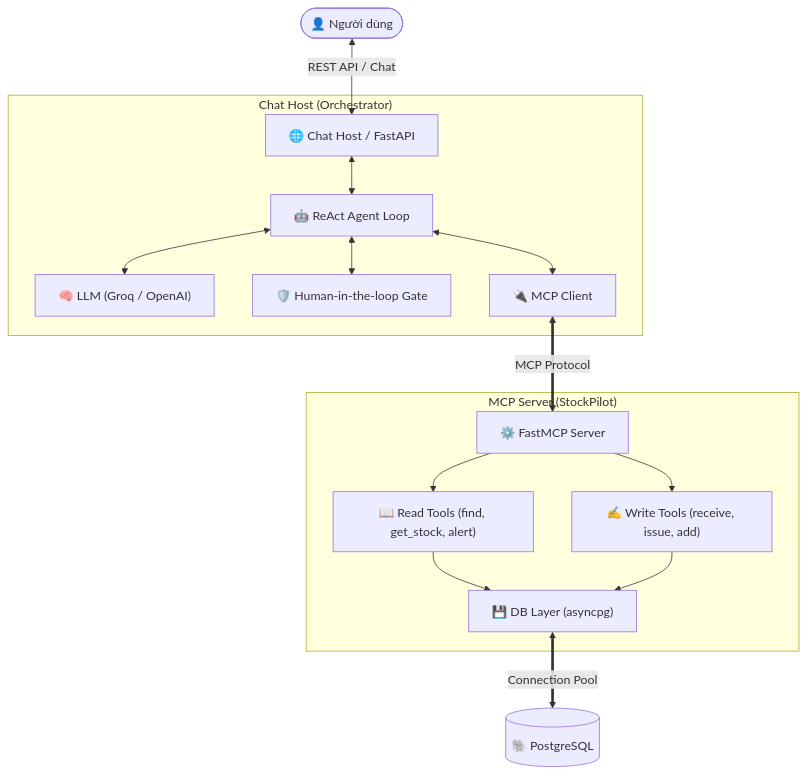
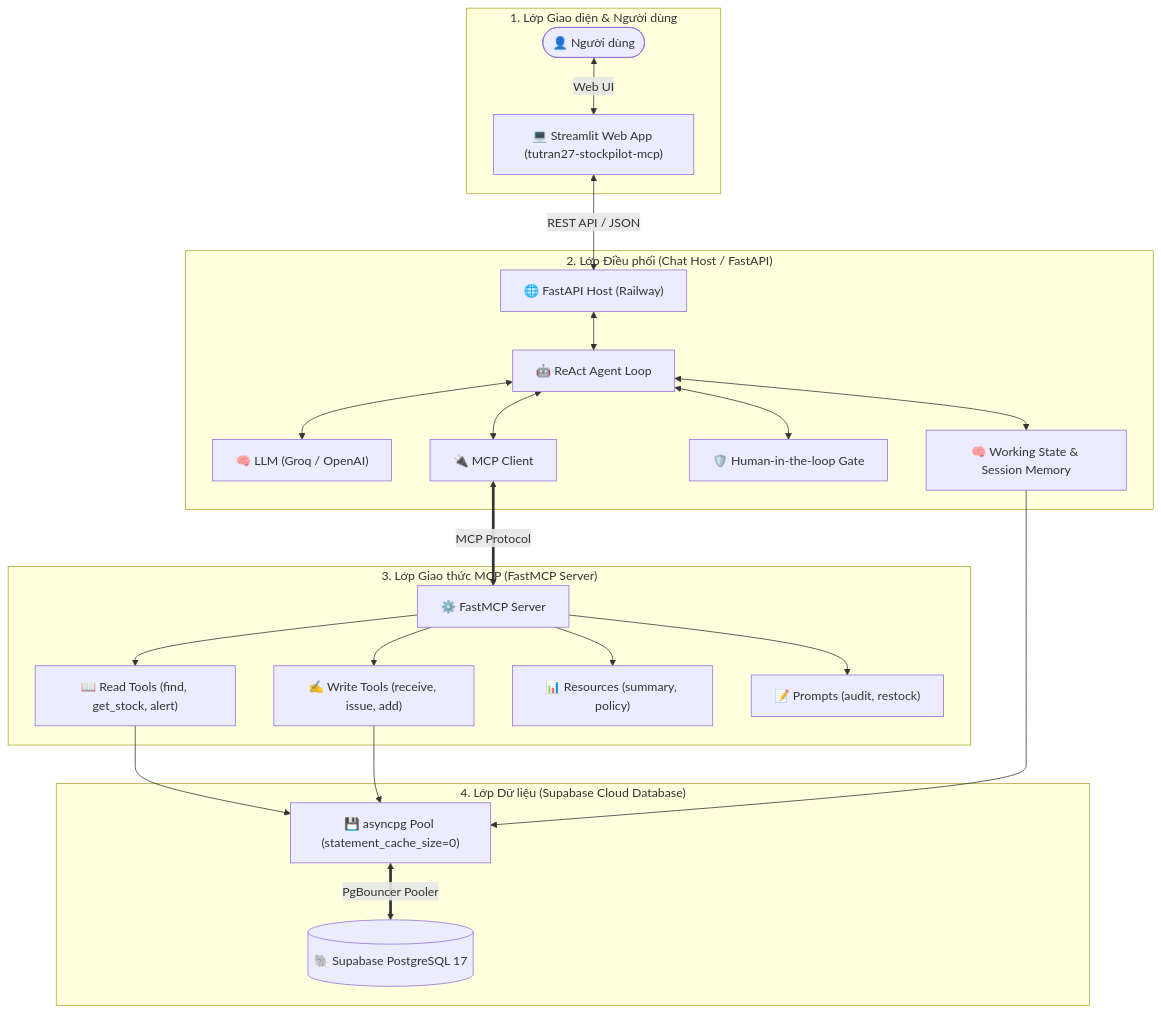
Before and after one commit to tutran27/stockpilot-mcp: the diagram in README.md, drawn with Mermaid. The commit also changed other lines of this file, not shown here.

````diff
--- a/README.md
+++ b/README.md
@@ -32,20 +64,28 @@
 ```mermaid
 flowchart TD
-    User([👤 Người dùng]) <-->|REST API / Chat| Host[🌐 Chat Host / FastAPI]
-    
-    subgraph ChatHostApp ["Chat Host (Orchestrator)"]
+    subgraph ClientLayer ["1. Lớp Giao diện & Người dùng"]
+        User([👤 Người dùng]) <-->|Web UI| Streamlit["💻 Streamlit Web App (tutran27-stockpilot-mcp)"]
+    end
+
+    subgraph HostLayer ["2. Lớp Điều phối (Chat Host / FastAPI)"]
+        Streamlit <-->|REST API / JSON| Host["🌐 FastAPI Host (Railway)"]
         Host <--> Agent["🤖 ReAct Agent Loop"]
         Agent <--> LLM["🧠 LLM (Groq / OpenAI)"]
+        Agent <--> Memory["🧠 Working State & Session Memory"]
         Agent <--> HITL["🛡️ Human-in-the-loop Gate"]
         Agent <--> MCPClient["🔌 MCP Client"]
     end
 
-    subgraph MCPServerApp ["MCP Server (StockPilot)"]
+    subgraph ServerLayer ["3. Lớp Giao thức MCP (FastMCP Server)"]
         MCPClient <==>|MCP Protocol| MCPServer["⚙️ FastMCP Server"]
         MCPServer --> ReadTools["📖 Read Tools (find, get_stock, alert)"]
         MCPServer --> WriteTools["✍️ Write Tools (receive, issue, add)"]
-        ReadTools & WriteTools --> DBModule["💾 DB Layer (asyncpg)"]
+        MCPServer --> Resources["📊 Resources (summary, policy)"]
+        MCPServer --> Prompts["📝 Prompts (audit, restock)"]
     end
 
-    DBModule <==>|Connection Pool| Postgres[(🐘 PostgreSQL)]
+    subgraph DBLayer ["4. Lớp Dữ liệu (Supabase Cloud Database)"]
+        ReadTools & WriteTools & Memory --> DBModule["💾 asyncpg Pool (statement_cache_size=0)"]
+        DBModule <==>|PgBouncer Pooler| Postgres[(🐘 Supabase PostgreSQL 17)]
+    end
 ```
````
